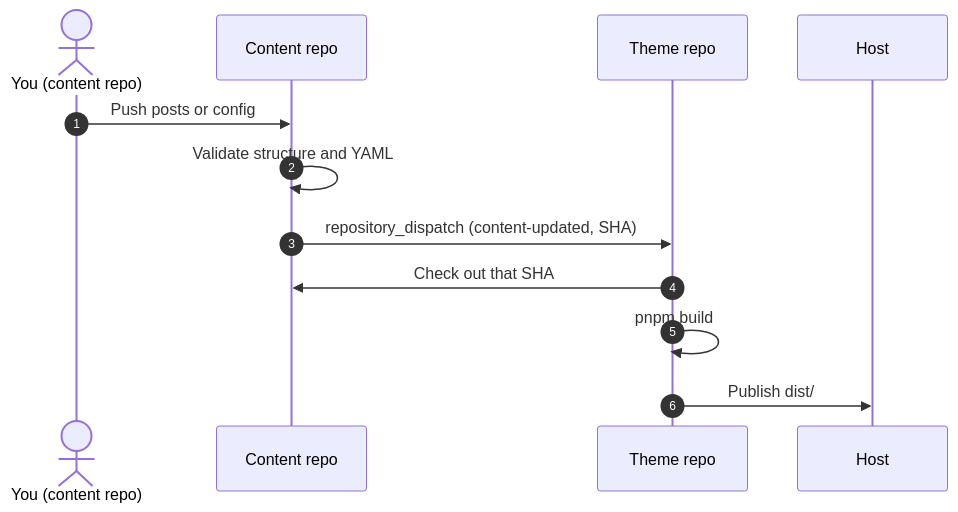
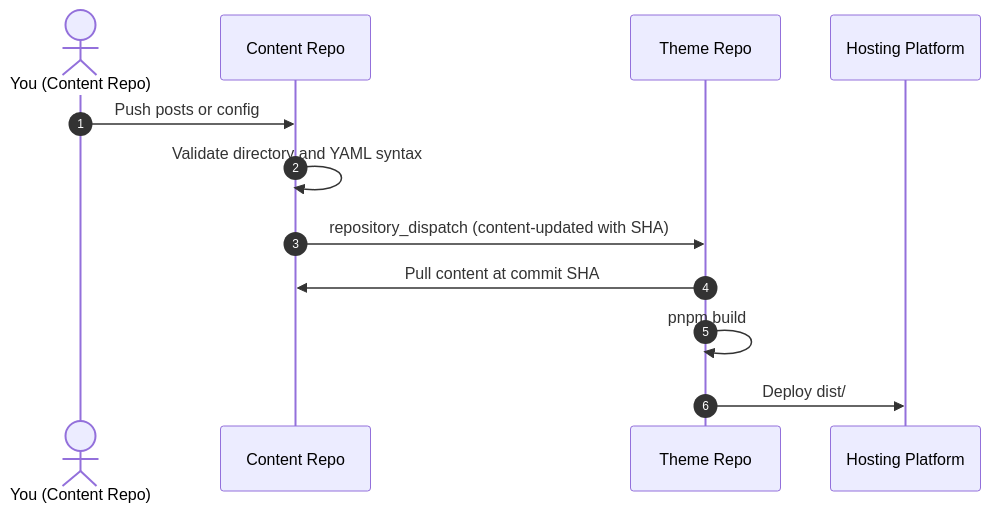
One commit to LyraVoid/Shirone-Docs changed the diagram in docs/en/guide/content-separation/ci-dispatch/README.md. Above: the diagram before and after it, drawn with Mermaid. The commit also changed other lines of this file and 6 other files, not shown here.

Commit message:
docs: expand deploy hooks guide and add repository secrets screenshot

````diff
--- a/docs/en/guide/content-separation/ci-dispatch/README.md
+++ b/docs/en/guide/content-separation/ci-dispatch/README.md
@@ -9,15 +9,15 @@
 ```mermaid
 sequenceDiagram
     autonumber
-    actor Author as You (content repo)
-    participant ContentRepo as Content repo
-    participant ThemeRepo as Theme repo
-    participant Host as Host
+    actor Author as You (Content Repo)
+    participant ContentRepo as Content Repo
+    participant ThemeRepo as Theme Repo
+    participant Host as Hosting Platform
 
     Author->>ContentRepo: Push posts or config
-    ContentRepo->>ContentRepo: Validate structure and YAML
-    ContentRepo->>ThemeRepo: repository_dispatch (content-updated, SHA)
-    ThemeRepo->>ContentRepo: Check out that SHA
+    ContentRepo->>ContentRepo: Validate directory and YAML syntax
+    ContentRepo->>ThemeRepo: repository_dispatch (content-updated with SHA)
+    ThemeRepo->>ContentRepo: Pull content at commit SHA
     ThemeRepo->>ThemeRepo: pnpm build
-    ThemeRepo->>Host: Publish dist/
+    ThemeRepo->>Host: Deploy dist/
 ```
````
